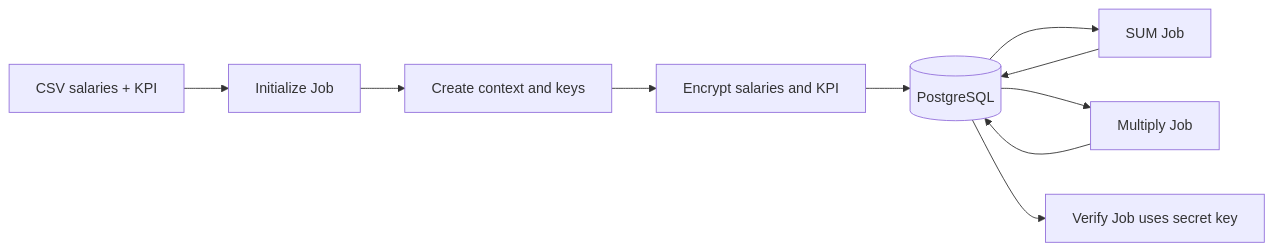
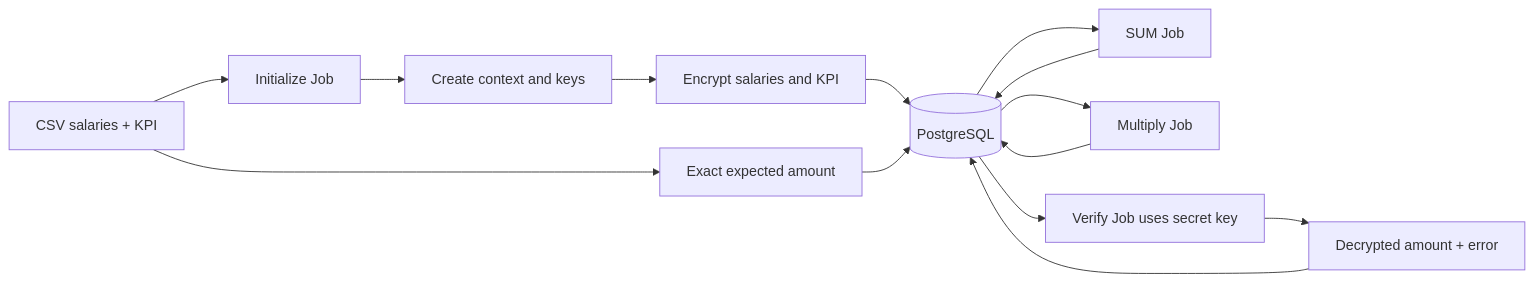
Before and after one commit to Nhatcao1/k3s-demo-gitops: the diagram in demo/cpu-postgres/FLOW.mmd, drawn with Mermaid. The commit also changed 3 other files, not shown here.

```diff
--- a/demo/cpu-postgres/FLOW.mmd
+++ b/demo/cpu-postgres/FLOW.mmd
@@ -1,10 +1,14 @@
 flowchart LR
     A[CSV salaries + KPI] --> B[Initialize Job]
+    A --> R[Exact expected amount]
     B --> C[Create context and keys]
     C --> D[Encrypt salaries and KPI]
     D --> E[(PostgreSQL)]
+    R --> E
     E --> F[SUM Job]
     F --> E
     E --> G[Multiply Job]
     G --> E
     E --> H[Verify Job uses secret key]
+    H --> I[Decrypted amount + error]
+    I --> E
```
